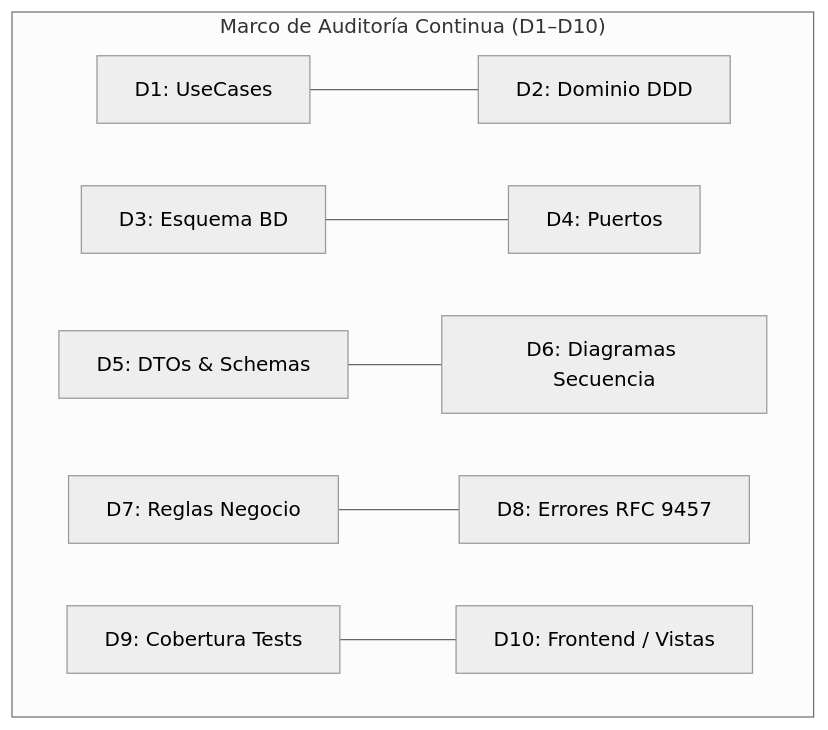
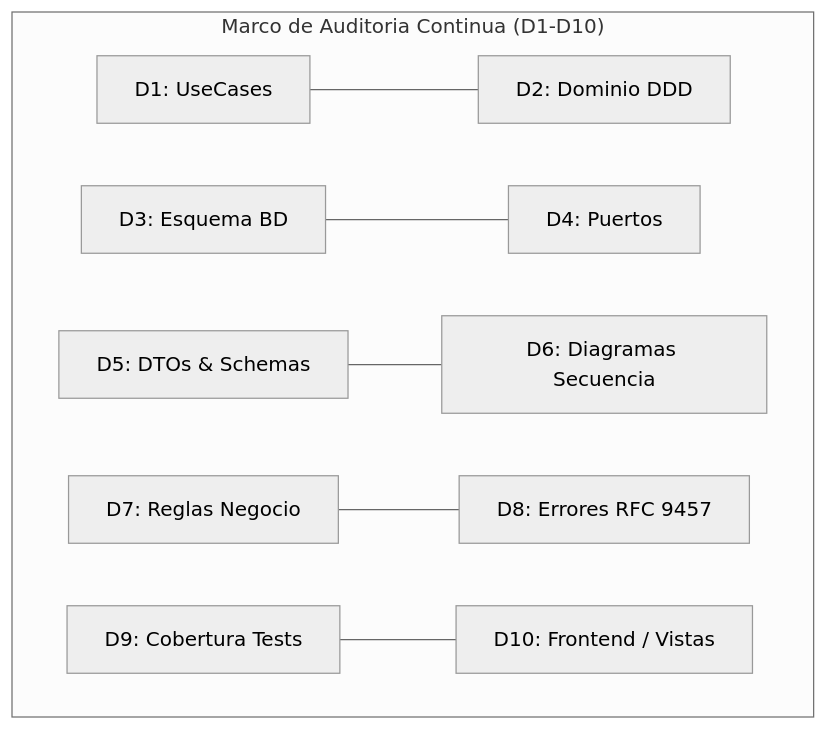
One commit to EdwinDragusin/agent-core-skills changed the third of 3 diagrams in skills/docs-governance-mastery/references/guia-maestra-estandar.md. Above: the diagram before and after it, drawn with Mermaid (neutral theme). The commit also changed other lines of this file and 89 other files, not shown here.

````diff
--- a/skills/docs-governance-mastery/references/guia-maestra-estandar.md
+++ b/skills/docs-governance-mastery/references/guia-maestra-estandar.md
@@ -373,10 +373,10 @@
 ```mermaid
 graph TD
-    subgraph Auditoria["Marco de Auditoría Continua (D1–D10)"]
+    subgraph Auditoria["Marco de Auditoria Continua (D1-D10)"]
         D1["D1: UseCases"] --- D2["D2: Dominio DDD"]
         D3["D3: Esquema BD"] --- D4["D4: Puertos"]
         D5["D5: DTOs & Schemas"] --- D6["D6: Diagramas Secuencia"]
         D7["D7: Reglas Negocio"] --- D8["D8: Errores RFC 9457"]
         D9["D9: Cobertura Tests"] --- D10["D10: Frontend / Vistas"]
     end
 ```
````
